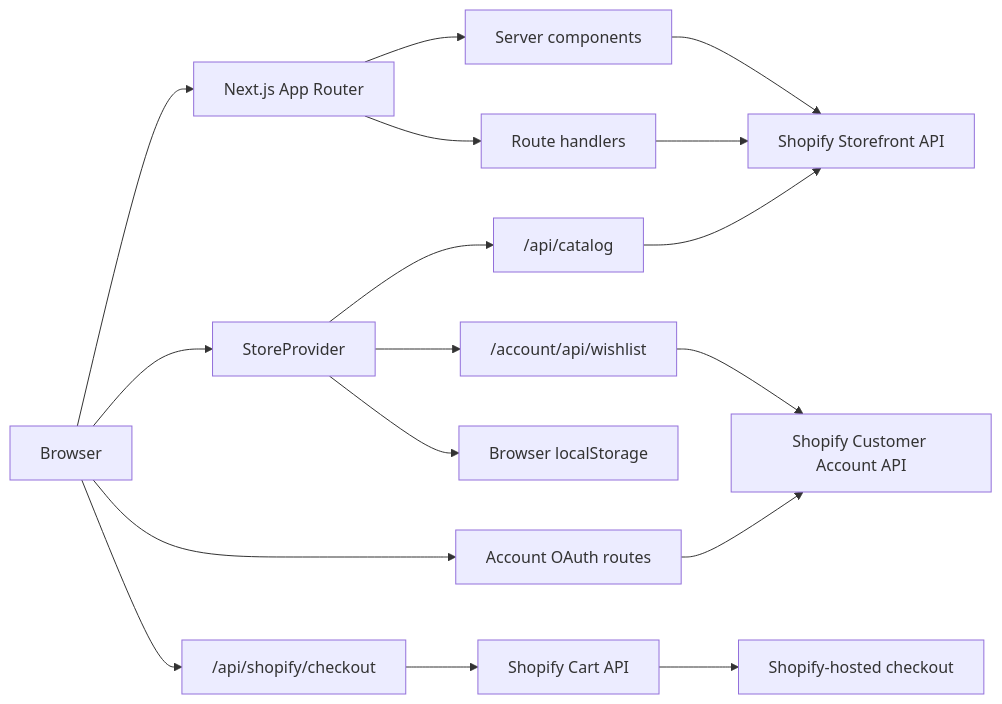
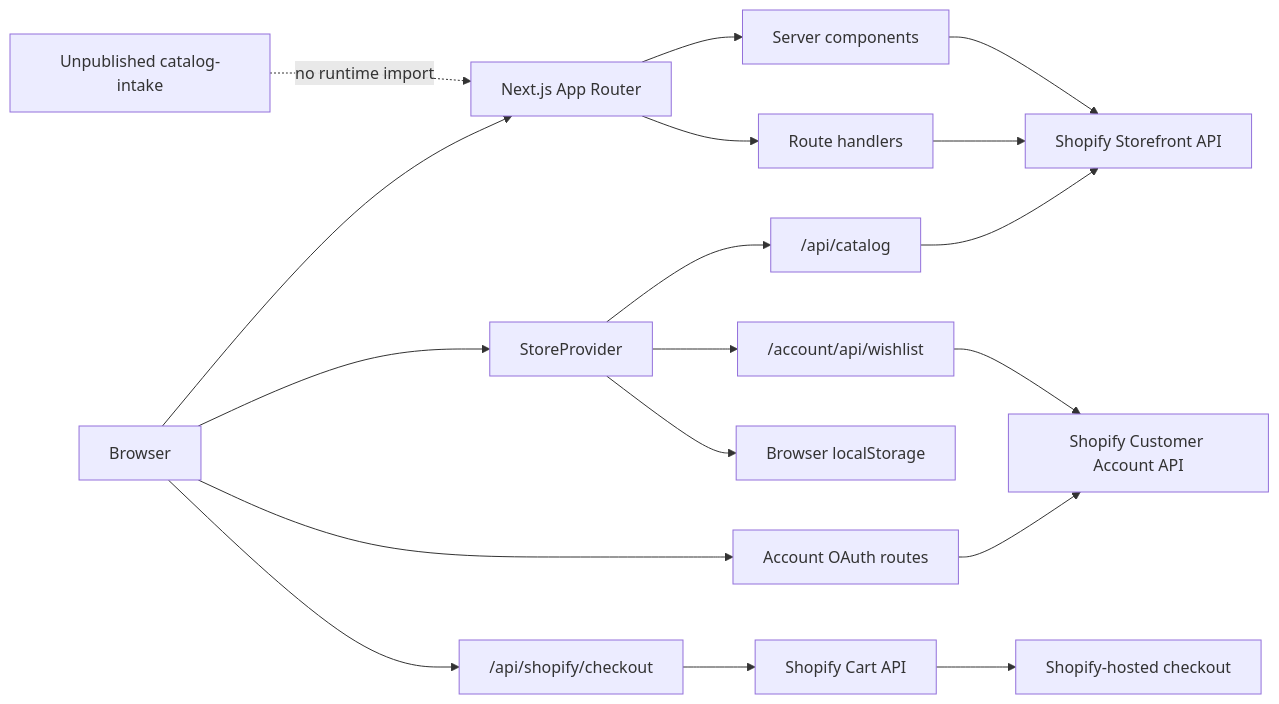
Before and after one commit to shreekant-lohagale/Aristocrat: the first of 2 diagrams in README.md, drawn with Mermaid. The commit also changed other lines of this file and 13 other files, not shown here.

````diff
--- a/README.md
+++ b/README.md
@@ -47,19 +48,20 @@
 ```mermaid
 flowchart LR
     B[Browser] --> N[Next.js App Router]
     N --> SC[Server components]
     N --> RH[Route handlers]
     B --> SP[StoreProvider]
     SP --> CAT["/api/catalog"]
     SP --> WISH["/account/api/wishlist"]
     CAT --> SF[Shopify Storefront API]
     RH --> SF
     SC --> SF
     WISH --> CA[Shopify Customer Account API]
     B --> AUTH["Account OAuth routes"]
     AUTH --> CA
     SP --> LS[Browser localStorage]
     B --> CHECKOUT["/api/shopify/checkout"]
     CHECKOUT --> CART[Shopify Cart API]
     CART --> HC[Shopify-hosted checkout]
+    INTAKE[Unpublished catalog-intake] -. no runtime import .-> N
 ```
````
